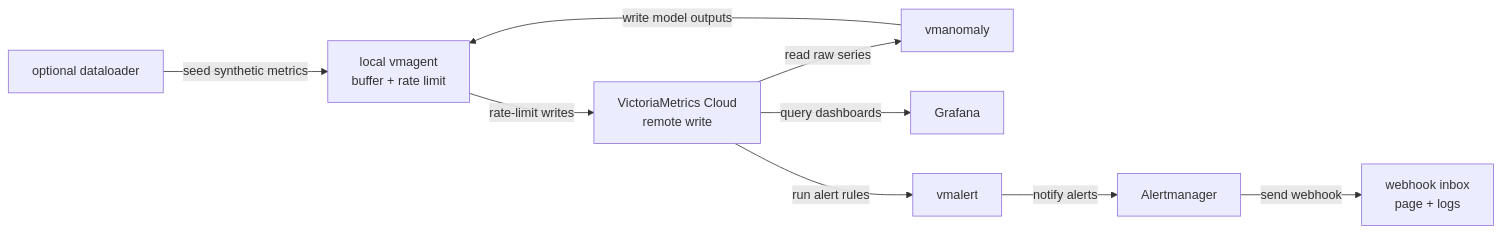
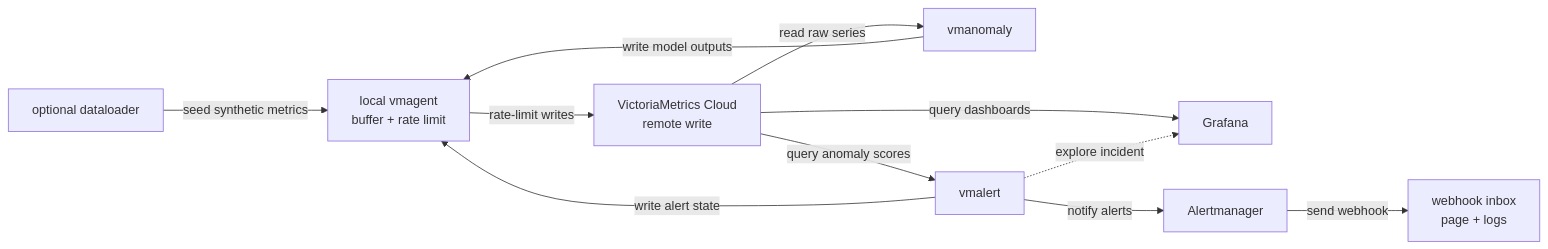
The diagram in anomaly-detection/cloud/README.md (jgomezselles/cnd-workshop-2026), drawn with Mermaid before and after one commit. The commit also changed other lines of this file and 9 other files, not shown here.

````diff
--- a/anomaly-detection/cloud/README.md
+++ b/anomaly-detection/cloud/README.md
@@ -12,11 +13,13 @@
 ```mermaid
 flowchart LR
   loader["optional dataloader"] -->|"seed synthetic metrics"| agent["local vmagent<br/>buffer + rate limit"]
   anomaly["vmanomaly"] -->|"write model outputs"| agent
   agent -->|"rate-limit writes"| cloud["VictoriaMetrics Cloud<br/>remote write"]
   cloud -->|"read raw series"| anomaly
   cloud -->|"query dashboards"| grafana["Grafana"]
-  cloud -->|"run alert rules"| vmalert["vmalert"]
+  cloud -->|"query anomaly scores"| vmalert["vmalert"]
+  vmalert -->|"write alert state"| agent
   vmalert -->|"notify alerts"| alertmanager["Alertmanager"]
+  vmalert -.->|"explore incident"| grafana
   alertmanager["Alertmanager"] -->|"send webhook"| webhook["webhook inbox<br/>page + logs"]
 ```
````
